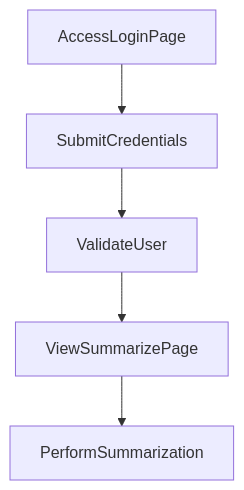
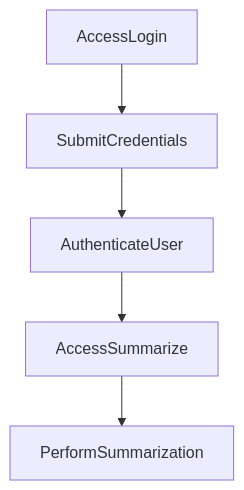
Before and after one commit to yogithasivakumar/FocusZen: the second of 2 diagrams in README.md, drawn with Mermaid. The commit also changed other lines of this file, not shown here.

````diff
--- a/README.md
+++ b/README.md
@@ -24,7 +17,7 @@
 ```mermaid
 flowchart TD
-    AccessLoginPage --> SubmitCredentials
-    SubmitCredentials --> ValidateUser
-    ValidateUser --> ViewSummarizePage
-    ViewSummarizePage --> PerformSummarization
+    AccessLogin --> SubmitCredentials
+    SubmitCredentials --> AuthenticateUser
+    AuthenticateUser --> AccessSummarize
+    AccessSummarize --> PerformSummarization
 ```
````
